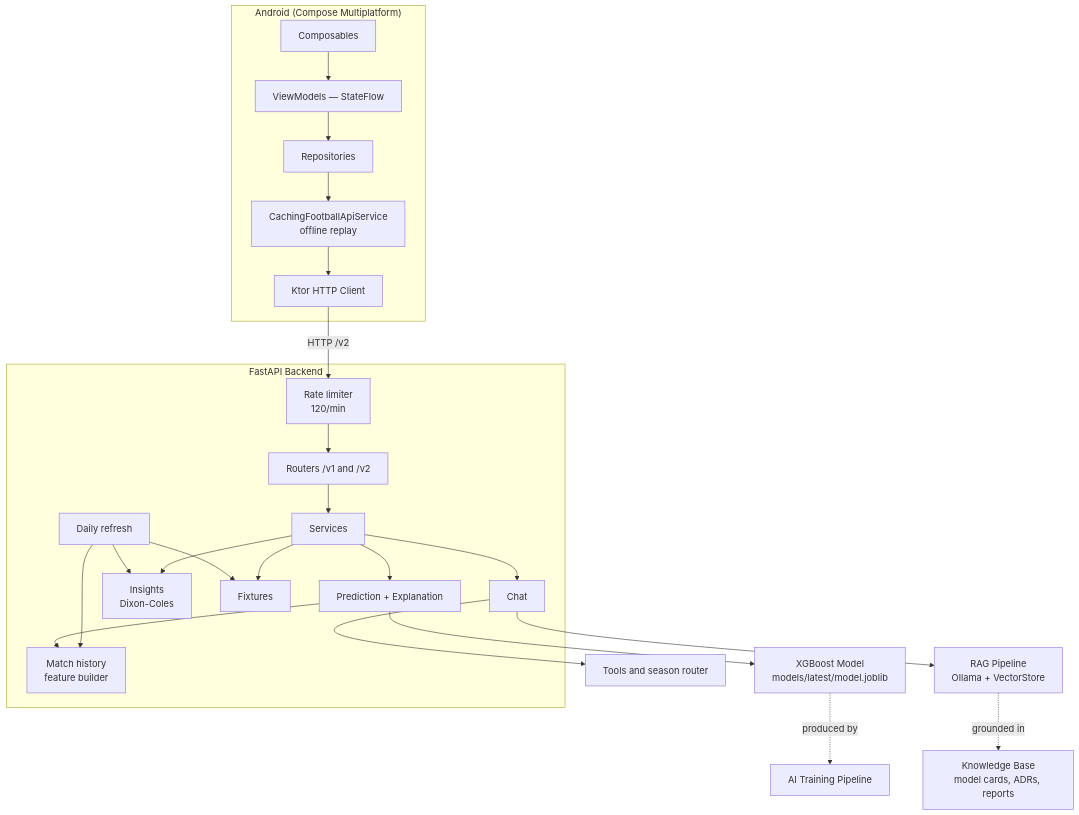
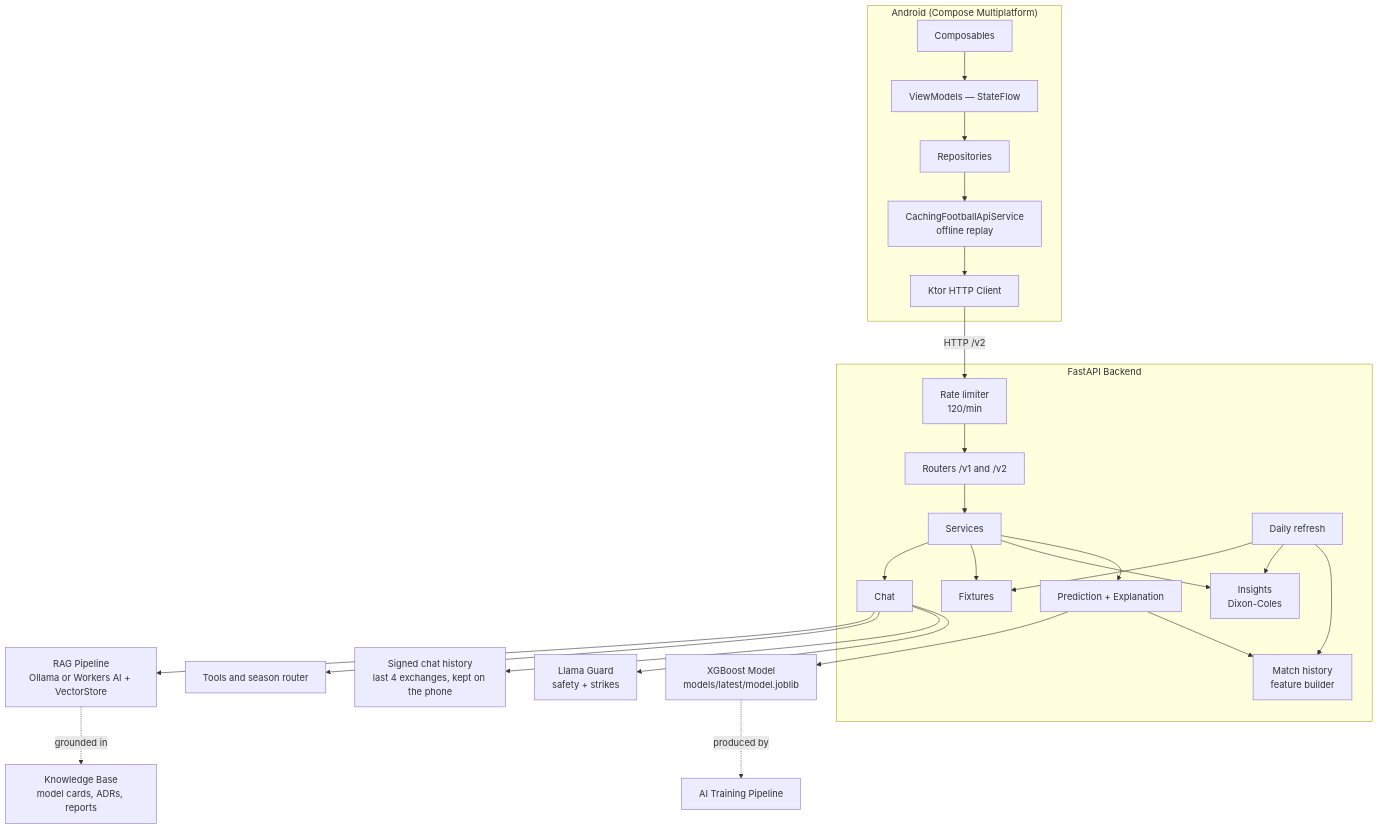
One commit to SumukhaK/football-intelligence-platform changed the first of 3 diagrams in docs/showcase/project-showcase.md. Above: the diagram before and after it, drawn with Mermaid. The commit also changed other lines of this file and 24 other files, not shown here.

First line of the commit message:
feat(backend): remember the last exchanges of a chat with signed history

````diff
--- a/docs/showcase/project-showcase.md
+++ b/docs/showcase/project-showcase.md
@@ -31,31 +31,33 @@
 ```mermaid
 flowchart TD
     subgraph Mobile["Android (Compose Multiplatform)"]
         UI[Composables] --> VM[ViewModels — StateFlow]
         VM --> Repo[Repositories]
         Repo --> Cache[CachingFootballApiService\noffline replay]
         Cache --> Ktor[Ktor HTTP Client]
     end
 
     Ktor -- "HTTP /v2" --> RL
 
     subgraph Backend["FastAPI Backend"]
         RL[Rate limiter\n120/min] --> API[Routers /v1 and /v2]
         API --> Svc[Services]
         Svc --> Pred[Prediction + Explanation]
         Svc --> Ins[Insights\nDixon-Coles]
         Svc --> Fix[Fixtures]
         Svc --> Chat[Chat]
         Refresh[Daily refresh] --> Hist[Match history\nfeature builder]
         Refresh --> Ins
         Refresh --> Fix
         Pred --> Hist
     end
 
     Pred --> Model[XGBoost Model\nmodels/latest/model.joblib]
+    Chat --> Guard[Llama Guard\nsafety + strikes]
+    Chat --> Memory[Signed chat history\nlast 4 exchanges, kept on the phone]
     Chat --> Tools[Tools and season router]
-    Chat --> RAG[RAG Pipeline\nOllama + VectorStore]
+    Chat --> RAG[RAG Pipeline\nOllama or Workers AI + VectorStore]
 
     Model -. produced by .-> Pipeline[AI Training Pipeline]
     RAG -. grounded in .-> KB[Knowledge Base\nmodel cards, ADRs, reports]
 ```
````
